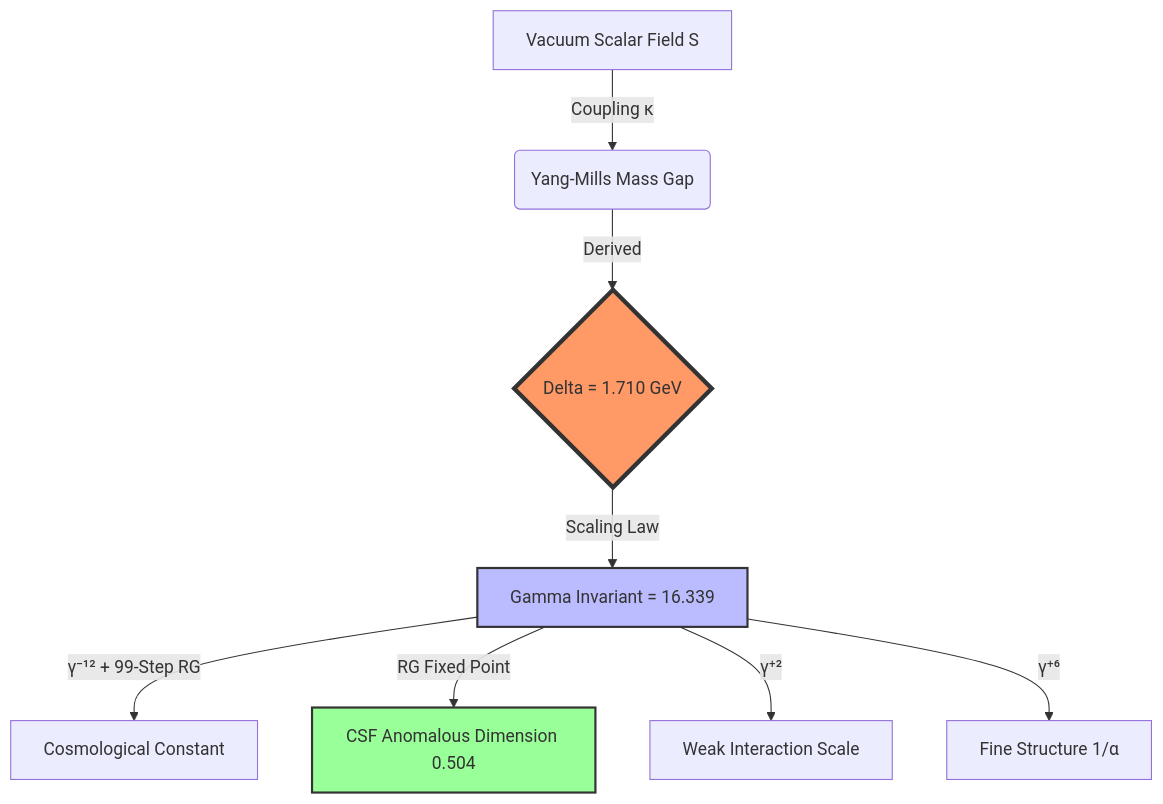
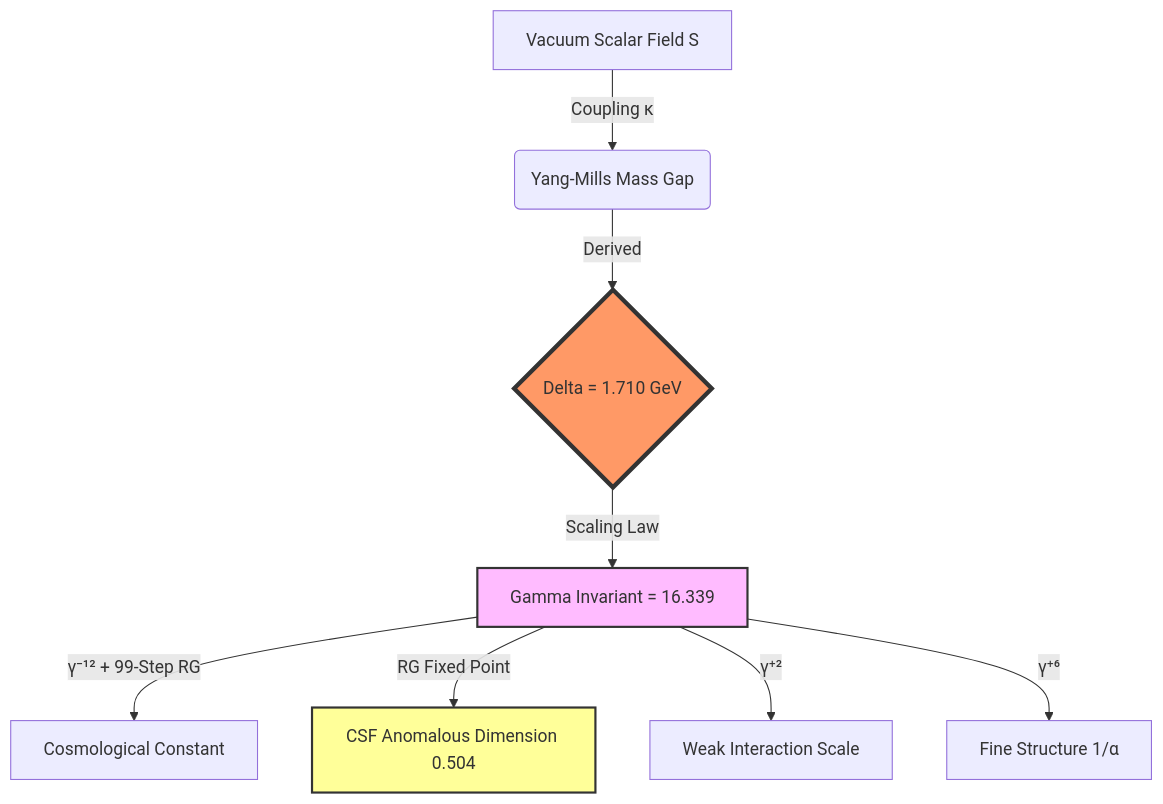
Before and after one commit to badbugsarts-hue/UIDT-Framework-V3.2-Canonical: the diagram in README.md, drawn with Mermaid.

````diff
--- a/README.md
+++ b/README.md
@@ -86,15 +86,15 @@
 ```mermaid
 graph TD
     A[Vacuum Scalar Field S] -->|Coupling κ| B(Yang-Mills Mass Gap);
     B -->|Derived| C{Delta = 1.710 GeV};
     C -->|Scaling Law| D[Gamma Invariant = 16.339];
     
     D -->|γ⁻¹² + 99-Step RG| E[Cosmological Constant];
     D -->|RG Fixed Point| F[CSF Anomalous Dimension 0.504];
     D -->|γ⁺²| G[Weak Interaction Scale];
     D -->|γ⁺⁶| H[Fine Structure 1/α];
     
     style C fill:#f96,stroke:#333,stroke-width:4px
-    style D fill:#bbf,stroke:#333,stroke-width:2px
-    style F fill:#9f9,stroke:#333,stroke-width:2px
+    style D fill:#fbf,stroke:#333,stroke-width:2px
+    style F fill:#ff9,stroke:#333,stroke-width:2px
 ```
````
